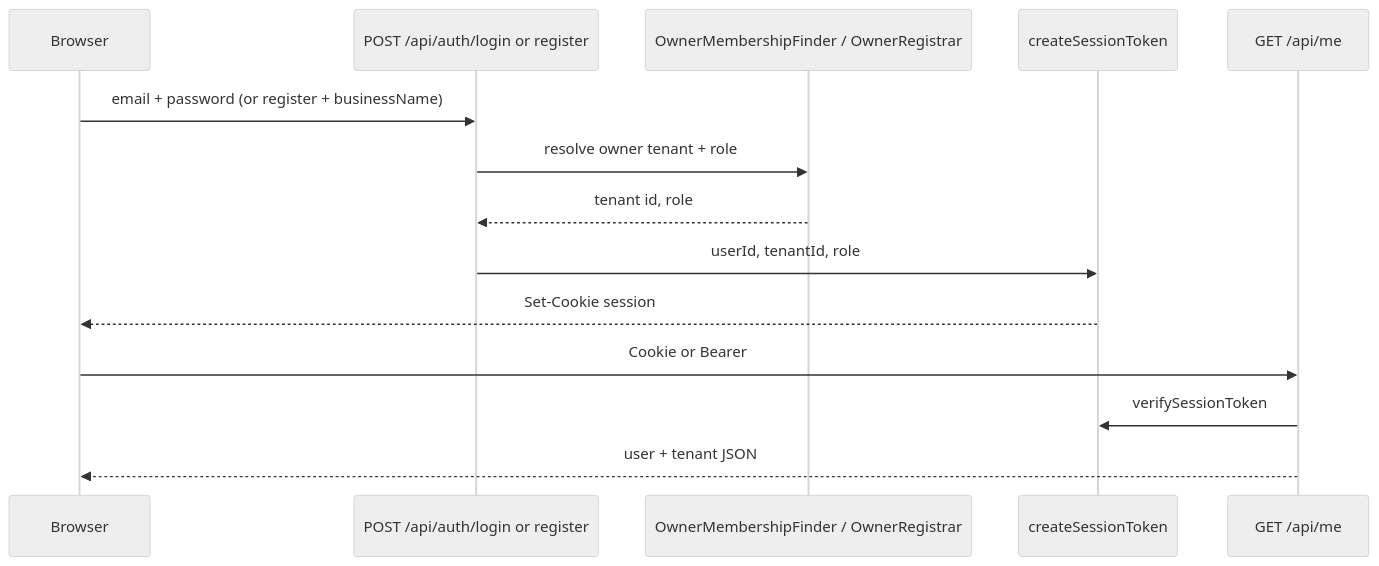
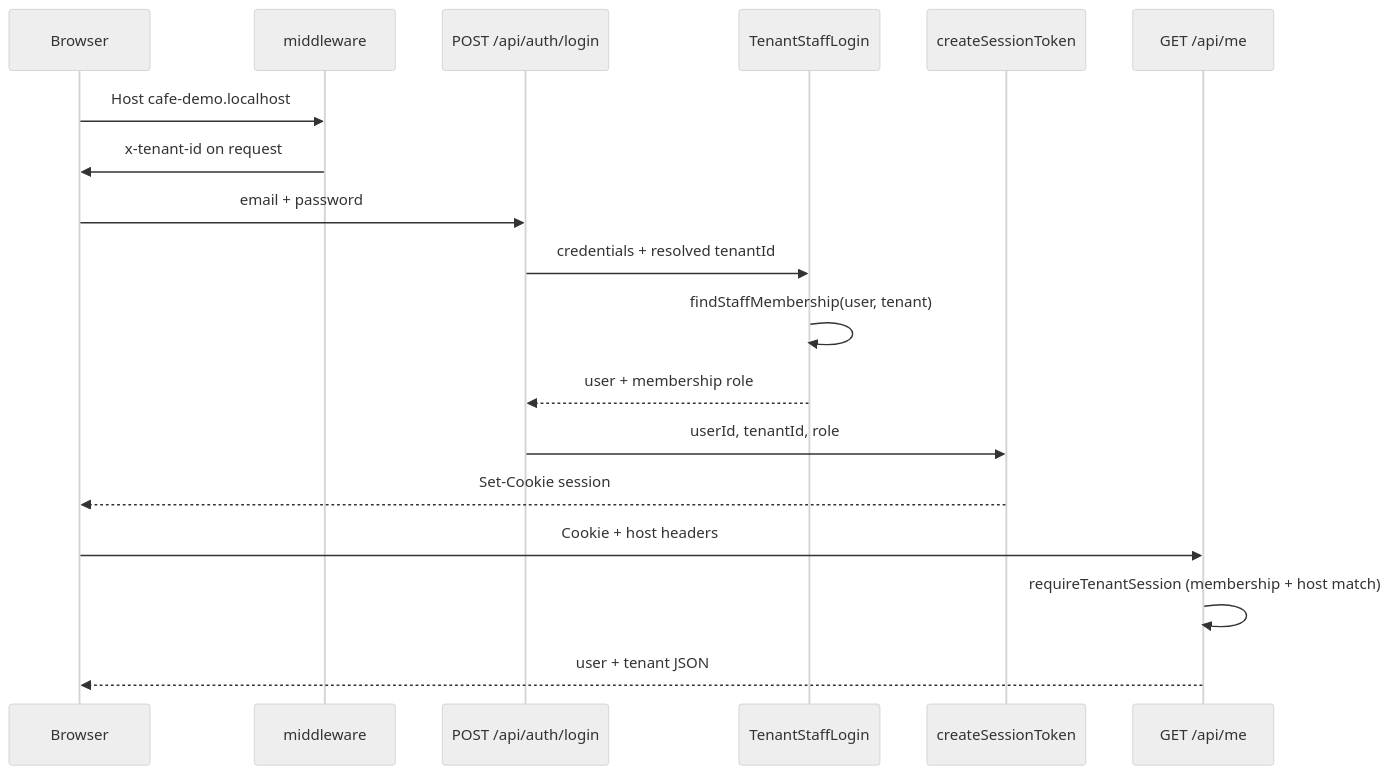
Before and after one commit to 3urega/fidelization: the diagram in docs/teenant-resolution.md, drawn with Mermaid (neutral theme). The commit also changed other lines of this file and 49 other files, not shown here.

````diff
--- a/docs/teenant-resolution.md
+++ b/docs/teenant-resolution.md
@@ -46,17 +54,21 @@
 ```mermaid
 sequenceDiagram
   participant Browser
-  participant API as POST /api/auth/login or register
-  participant Membership as OwnerMembershipFinder / OwnerRegistrar
+  participant MW as middleware
+  participant API as POST /api/auth/login
+  participant UC as TenantStaffLogin
   participant JWT as createSessionToken
   participant Me as GET /api/me
 
-  Browser->>API: email + password (or register + businessName)
-  API->>Membership: resolve owner tenant + role
-  Membership-->>API: tenant id, role
+  Browser->>MW: Host cafe-demo.localhost
+  MW->>Browser: x-tenant-id on request
+  Browser->>API: email + password
+  API->>UC: credentials + resolved tenantId
+  UC->>UC: findStaffMembership(user, tenant)
+  UC-->>API: user + membership role
   API->>JWT: userId, tenantId, role
   JWT-->>Browser: Set-Cookie session
-  Browser->>Me: Cookie or Bearer
-  Me->>JWT: verifySessionToken
+  Browser->>Me: Cookie + host headers
+  Me->>Me: requireTenantSession (membership + host match)
   Me-->>Browser: user + tenant JSON
 ```
````
